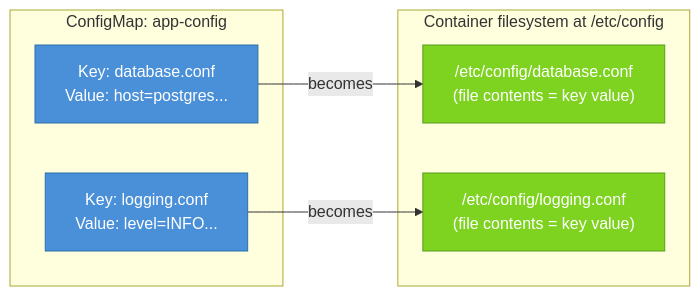
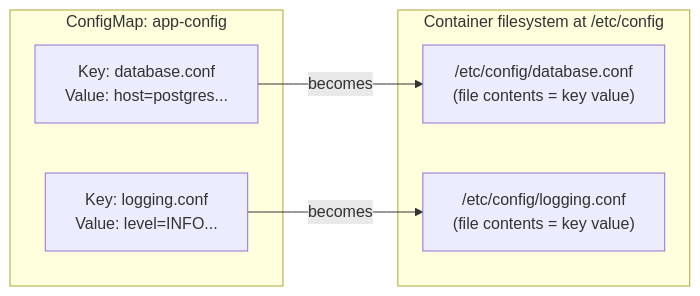
The diagram in src/courses/modules/volumes/04-configmap-and-secret-volumes/en/content.md (Antoine-Flo/kube-mastery), drawn with Mermaid before and after one commit.

````diff
--- a/src/courses/modules/volumes/04-configmap-and-secret-volumes/en/content.md
+++ b/src/courses/modules/volumes/04-configmap-and-secret-volumes/en/content.md
@@ -87,20 +87,15 @@
 ```mermaid
 graph LR
     subgraph "ConfigMap: app-config"
         K1["Key: database.conf\nValue: host=postgres..."]
         K2["Key: logging.conf\nValue: level=INFO..."]
     end
 
     subgraph "Container filesystem at /etc/config"
         F1["/etc/config/database.conf\n(file contents = key value)"]
         F2["/etc/config/logging.conf\n(file contents = key value)"]
     end
 
     K1 -->|"becomes"| F1
     K2 -->|"becomes"| F2
-
-    style K1 fill:#4A90D9,color:#fff,stroke:#2c6fad
-    style K2 fill:#4A90D9,color:#fff,stroke:#2c6fad
-    style F1 fill:#7ED321,color:#fff,stroke:#5a9c18
-    style F2 fill:#7ED321,color:#fff,stroke:#5a9c18
 ```
````
